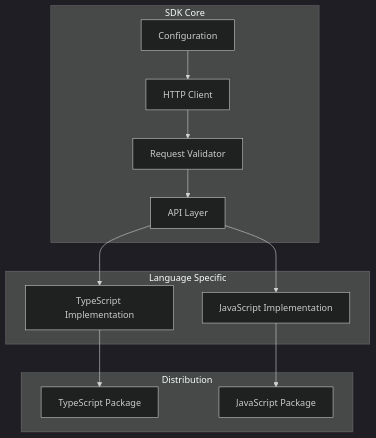
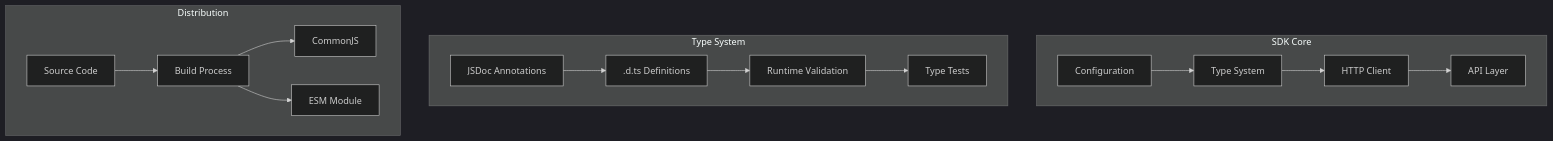
Before and after one commit to GenWaveLLC/docs4ai-sdk: the first of 2 diagrams in memory-bank/systemPatterns.md, drawn with Mermaid (dark theme). The commit also changed other lines of this file and 15 other files, not shown here.

First line of the commit message:
refactor: unify implementation and enhance type system

````diff
--- a/memory-bank/systemPatterns.md
+++ b/memory-bank/systemPatterns.md
@@ -5,18 +5,20 @@
 ```mermaid
 flowchart TD
     subgraph SDK Core
-        Config[Configuration] --> Client[HTTP Client]
-        Client --> Validator[Request Validator]
-        Validator --> API[API Layer]
+        Config[Configuration] --> Types[Type System]
+        Types --> Client[HTTP Client]
+        Client --> API[API Layer]
     end
 
-    subgraph Language Specific
-        API --> TS[TypeScript Implementation]
-        API --> JS[JavaScript Implementation]
+    subgraph Type System
+        JSDoc[JSDoc Annotations] --> DTS[.d.ts Definitions]
+        DTS --> Runtime[Runtime Validation]
+        Runtime --> Tests[Type Tests]
     end
 
     subgraph Distribution
-        TS --> TSPkg[TypeScript Package]
-        JS --> JSPkg[JavaScript Package]
+        Source[Source Code] --> Build[Build Process]
+        Build --> CJS[CommonJS]
+        Build --> ESM[ESM Module]
     end
 ```
````
